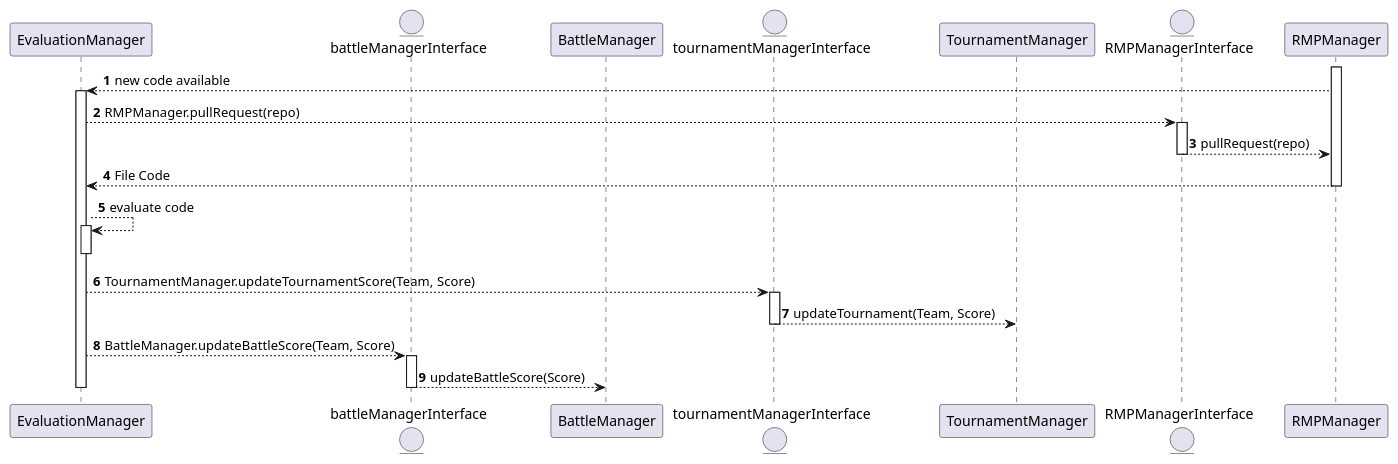
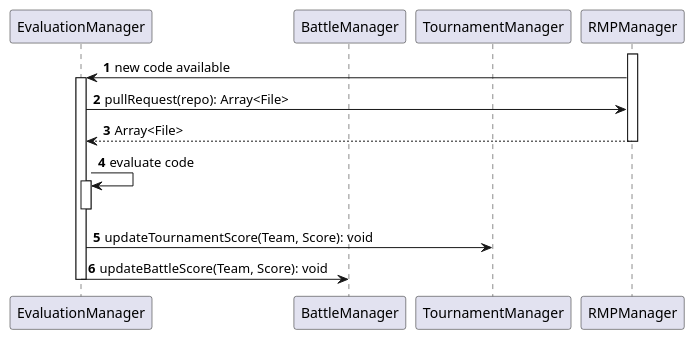
The diagram in _DD/Images/sequenceDiagrams/evaluateCode.wsd (Angelo7672/SE2_Requirement-and-Design-Document), drawn with PlantUML before and after one commit. The commit also changed 13 other files, not shown here.

Commit message:
last 6 SD correction (DD document order), architecturalDesign, iitPlanning, userInterfaceDesign corrections

```diff
--- a/_DD/Images/sequenceDiagrams/evaluateCode.wsd
+++ b/_DD/Images/sequenceDiagrams/evaluateCode.wsd
@@ -1,34 +1,22 @@
 @startuml
 
 autonumber
 
 participant EvaluationManager as EM
-entity battleManagerInterface as BMI
 participant BattleManager as BM
-entity tournamentManagerInterface as TMI
 participant TournamentManager as TM
-entity RMPManagerInterface as RMI
 participant RMPManager as RMP
 
 activate RMP
-RMP --> EM: new code available
+RMP -> EM: new code available
 activate EM
-EM --> RMI: RMPManager.pullRequest(repo)
-activate RMI
-RMI --> RMP: pullRequest(repo)
-deactivate RMI
-RMP --> EM: File Code
+EM -> RMP: pullRequest(repo): Array<File>
+RMP --> EM: Array<File>
 deactivate RMP
-EM --> EM: evaluate code
+EM -> EM: evaluate code
 activate EM
 deactivate EM
-EM --> TMI: TournamentManager.updateTournamentScore(Team, Score)
-activate TMI
-TMI --> TM: updateTournament(Team, Score)
-deactivate TMI
-EM --> BMI: BattleManager.updateBattleScore(Team, Score)
-activate BMI
-BMI --> BM: updateBattleScore(Score)
-deactivate BMI
+EM -> TM: updateTournamentScore(Team, Score): void
+EM -> BM: updateBattleScore(Team, Score): void
 deactivate EM
 @enduml
```
